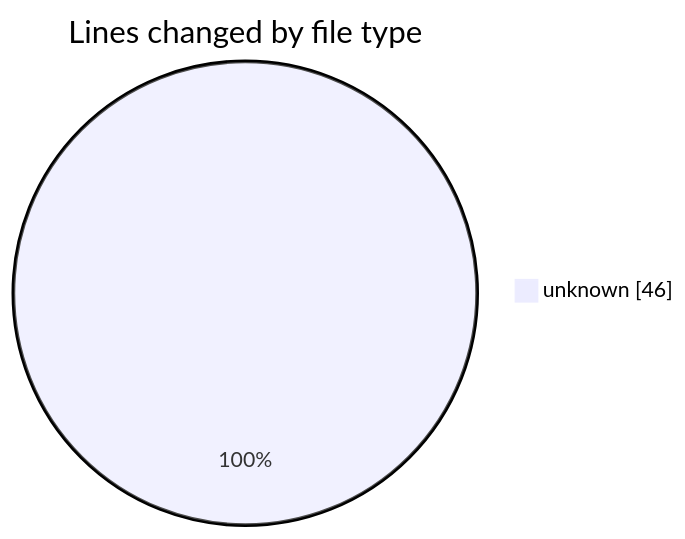
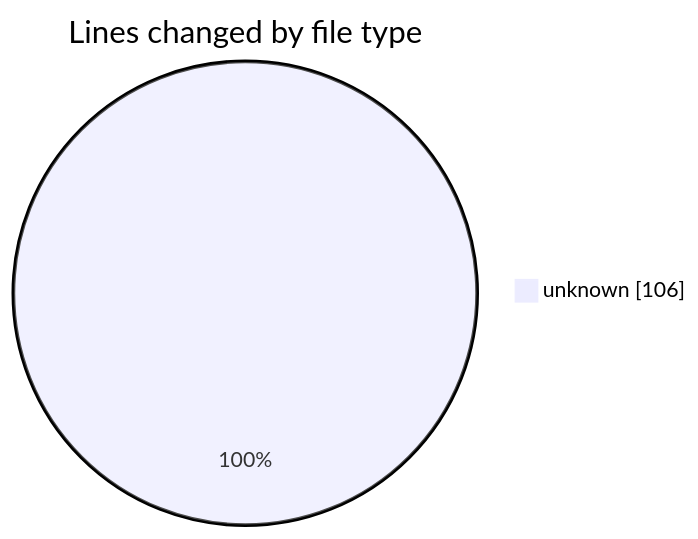
Before and after one commit to julien-gomy/code-tracking: the first of 2 diagrams in 2025-10-22/frontend-cms/README.md, drawn with Mermaid. The commit also changed other lines of this file and 1 other file, not shown here.

````diff
--- a/2025-10-22/frontend-cms/README.md
+++ b/2025-10-22/frontend-cms/README.md
@@ -20,5 +21,5 @@
 ```mermaid
 pie showData
 title Lines changed by file type
-"unknown" : 46
+"unknown" : 106
 ```
````
